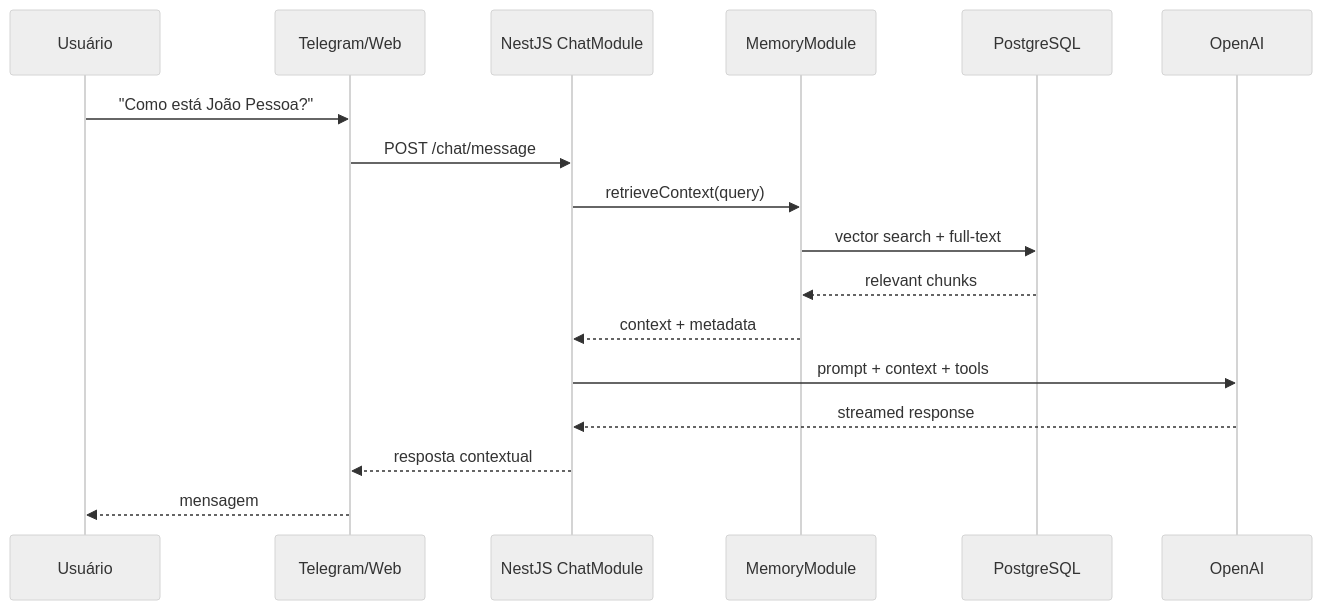
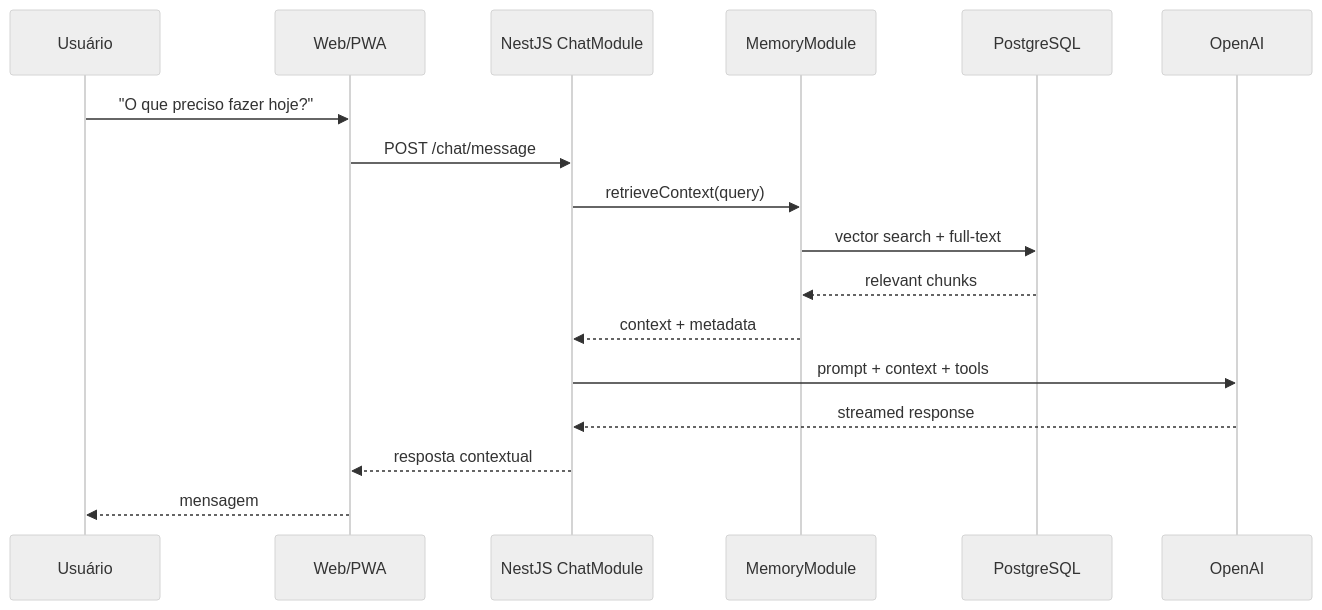
The second of 3 diagrams in .specs/architecture/ARCHITECTURE.md (Erikrit/mika), drawn with Mermaid (neutral theme) before and after one commit. The commit also changed other lines of this file, not shown here.

Commit message:
docs: ajusta arquitetura principal para Web PWA

````diff
--- a/.specs/architecture/ARCHITECTURE.md
+++ b/.specs/architecture/ARCHITECTURE.md
@@ -70,20 +81,20 @@
 ```mermaid
 sequenceDiagram
     participant U as Usuário
-    participant TG as Telegram/Web
+    participant WEB as Web/PWA
     participant API as NestJS ChatModule
     participant MEM as MemoryModule
     participant DB as PostgreSQL
     participant AI as OpenAI
 
-    U->>TG: "Como está João Pessoa?"
-    TG->>API: POST /chat/message
+    U->>WEB: "O que preciso fazer hoje?"
+    WEB->>API: POST /chat/message
     API->>MEM: retrieveContext(query)
     MEM->>DB: vector search + full-text
     DB-->>MEM: relevant chunks
     MEM-->>API: context + metadata
     API->>AI: prompt + context + tools
     AI-->>API: streamed response
-    API-->>TG: resposta contextual
-    TG-->>U: mensagem
+    API-->>WEB: resposta contextual
+    WEB-->>U: mensagem
 ```
````
